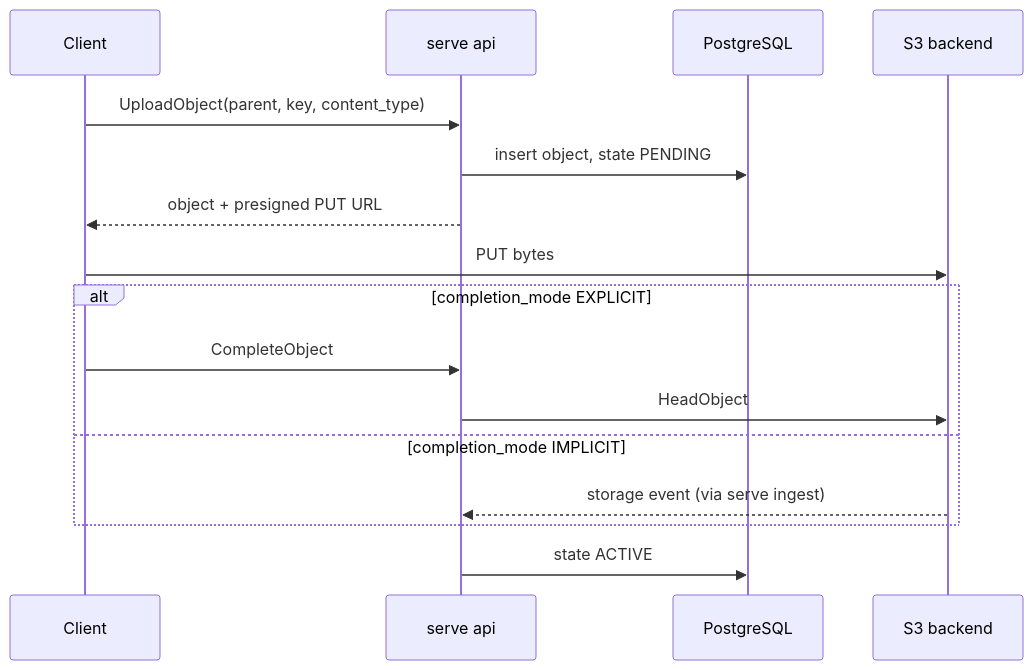
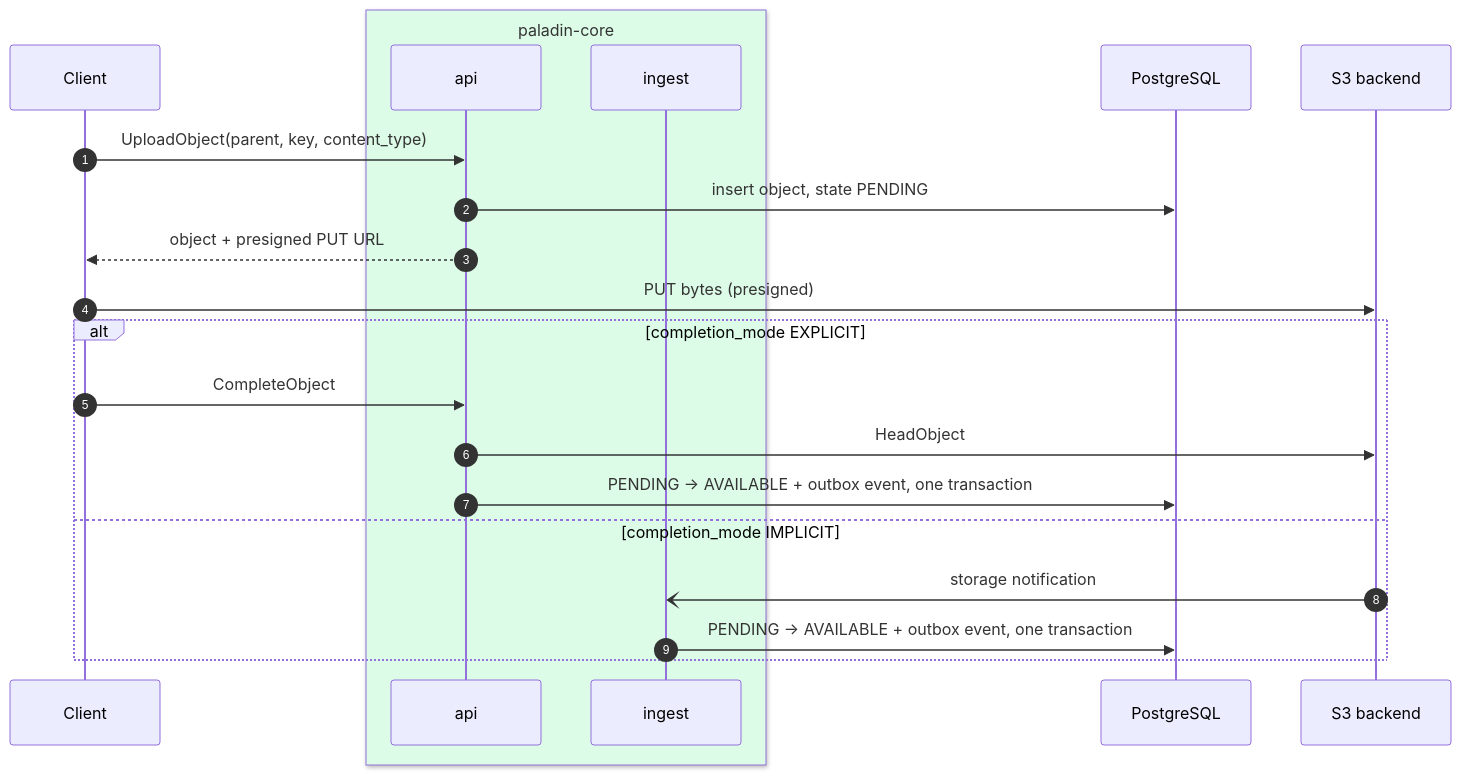
One commit to oleg-tkachuk/paladin changed the second of 2 diagrams in ARCHITECTURE.md. Above: the diagram before and after it, drawn with Mermaid. The commit also changed other lines of this file and 2 other files, not shown here.

First line of the commit message:
docs: redraw the architecture diagrams from the code

````diff
--- a/ARCHITECTURE.md
+++ b/ARCHITECTURE.md
@@ -121,18 +139,24 @@
 ```mermaid
 sequenceDiagram
+    autonumber
     participant C as Client
-    participant A as serve api
+    box rgb(220,252,231) paladin-core
+        participant A as api
+        participant I as ingest
+    end
     participant DB as PostgreSQL
     participant S3 as S3 backend
+
     C->>A: UploadObject(parent, key, content_type)
     A->>DB: insert object, state PENDING
     A-->>C: object + presigned PUT URL
-    C->>S3: PUT bytes
+    C->>S3: PUT bytes (presigned)
     alt completion_mode EXPLICIT
         C->>A: CompleteObject
         A->>S3: HeadObject
+        A->>DB: PENDING → AVAILABLE + outbox event, one transaction
     else completion_mode IMPLICIT
-        S3-->>A: storage event (via serve ingest)
+        S3-)I: storage notification
+        I->>DB: PENDING → AVAILABLE + outbox event, one transaction
     end
-    A->>DB: state ACTIVE
 ```
````
